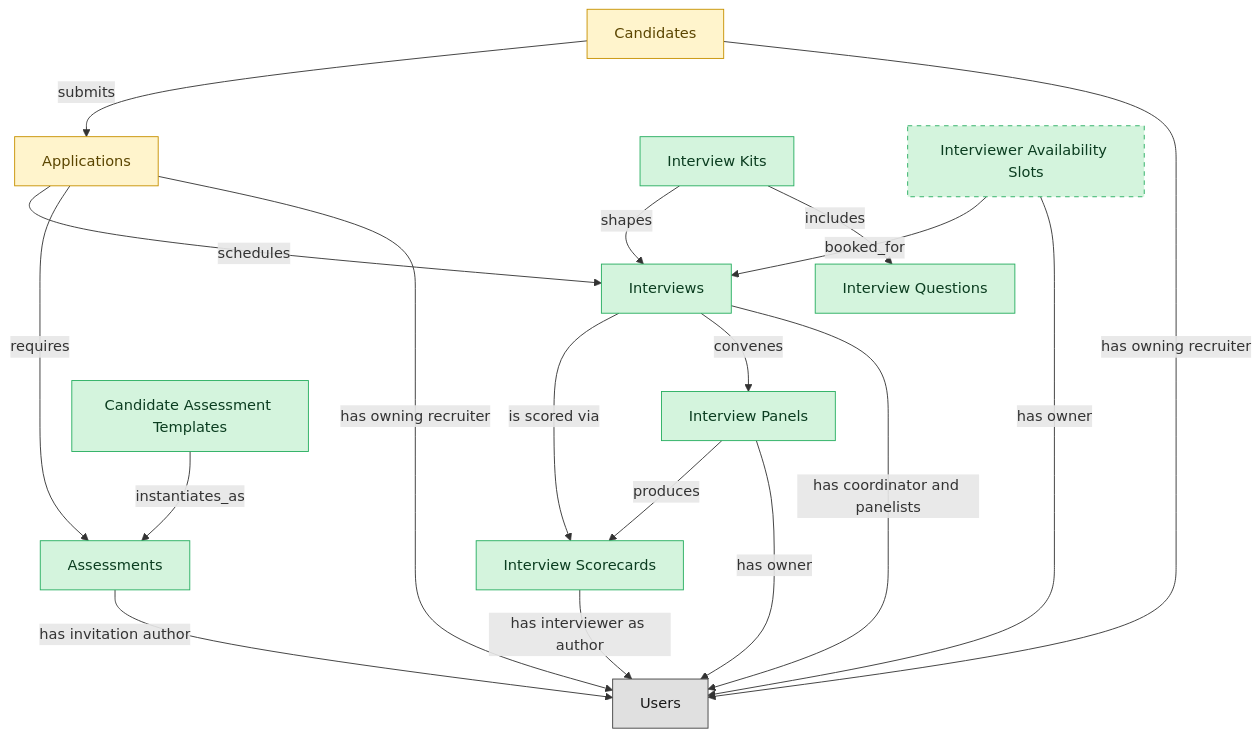
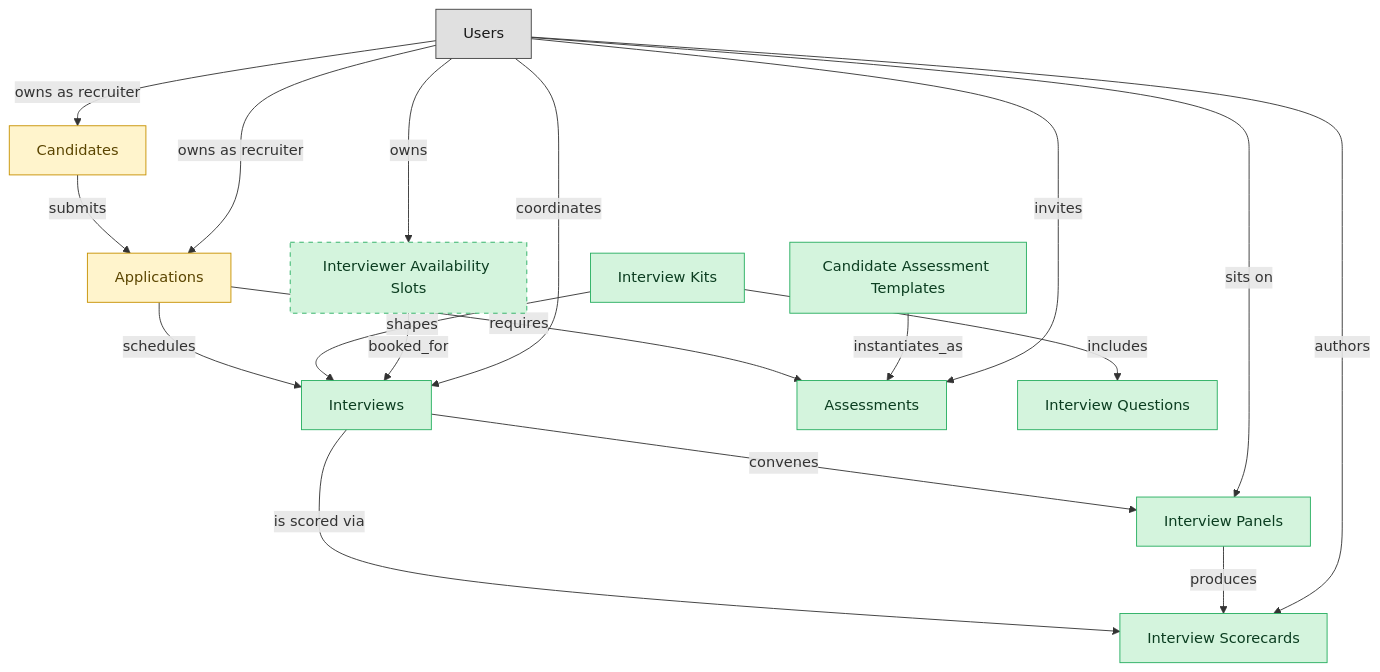
The diagram in catalog/blueprints/ats-interviews-semantic-blueprint.md (IntranetFactory/domain-map), drawn with Mermaid before and after one commit. The commit also changed other lines of this file and 51 other files, not shown here.

````diff
--- a/catalog/blueprints/ats-interviews-semantic-blueprint.md
+++ b/catalog/blueprints/ats-interviews-semantic-blueprint.md
@@ -39,46 +39,46 @@
 ```mermaid
 flowchart TD
   classDef master fill:#d4f4dd,stroke:#27ae60,color:#0b3d20;
   classDef embedded_master fill:#fff4cc,stroke:#c79100,color:#5b4500;
   classDef platform_builtin fill:#e0e0e0,stroke:#424242,color:#1a1a1a;
   candidates["Candidates"]
   job_applications["Applications"]
   interviews["Interviews"]
   interview_scorecards["Interview Scorecards"]
   candidate_assessments["Assessments"]
   interview_kits["Interview Kits"]
   interview_panels["Interview Panels"]
   candidate_assessment_templates["Candidate Assessment Templates"]
   interview_questions["Interview Questions"]
   interviewer_availability_slots["Interviewer Availability Slots"]
   users["Users"]
   candidates -->|"submits"| job_applications
   job_applications -->|"schedules"| interviews
   interviews -->|"is scored via"| interview_scorecards
   job_applications -->|"requires"| candidate_assessments
   interview_kits -->|"shapes"| interviews
   interview_kits -->|"includes"| interview_questions
   interviews -->|"convenes"| interview_panels
   interview_panels -->|"produces"| interview_scorecards
   candidate_assessment_templates -->|"instantiates_as"| candidate_assessments
   interviewer_availability_slots -->|"booked_for"| interviews
-  job_applications -->|"has owning recruiter"| users
-  interviews -->|"has coordinator and panelists"| users
-  interview_scorecards -->|"has interviewer as author"| users
-  candidates -->|"has owning recruiter"| users
-  candidate_assessments -->|"has invitation author"| users
-  interviewer_availability_slots -->|"has owner"| users
-  interview_panels -->|"has owner"| users
+  users -->|"owns as recruiter"| job_applications
+  users -->|"coordinates"| interviews
+  users -->|"authors"| interview_scorecards
+  users -->|"owns as recruiter"| candidates
+  users -->|"invites"| candidate_assessments
+  users -->|"owns"| interviewer_availability_slots
+  users -->|"sits on"| interview_panels
   class candidates embedded_master;
   class job_applications embedded_master;
   class interviews master;
   class interview_scorecards master;
   class candidate_assessments master;
   class interview_kits master;
   class interview_panels master;
   class candidate_assessment_templates master;
   class interview_questions master;
   class interviewer_availability_slots master;
   class users platform_builtin;
   style interviewer_availability_slots stroke-dasharray:5 5;
 ```
````
